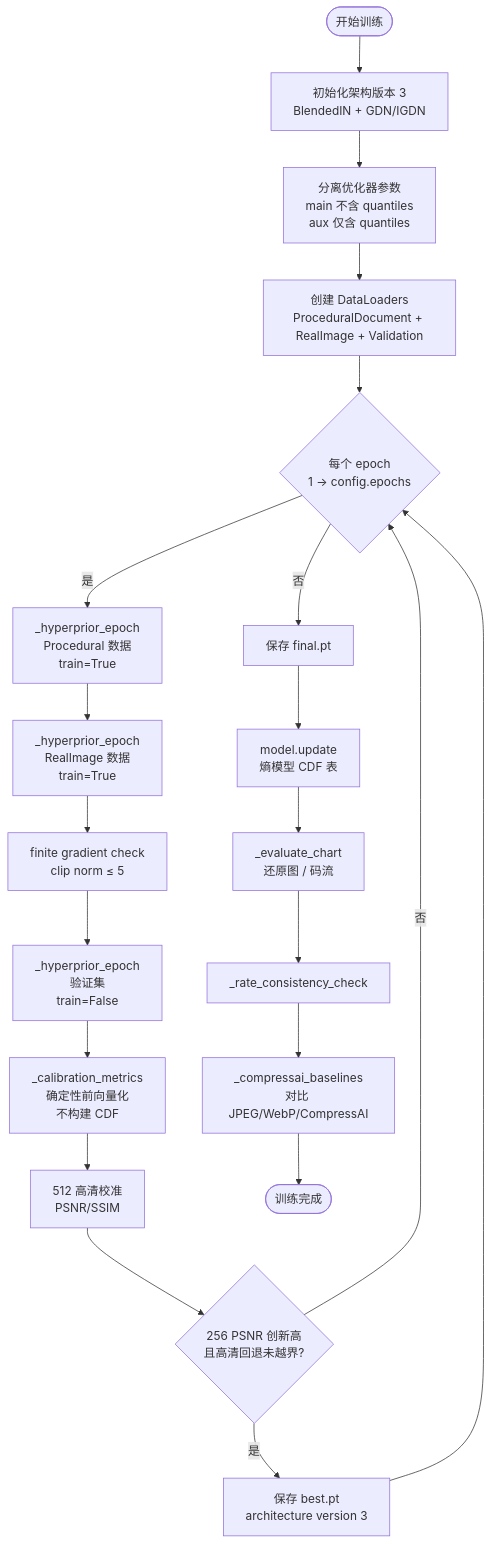
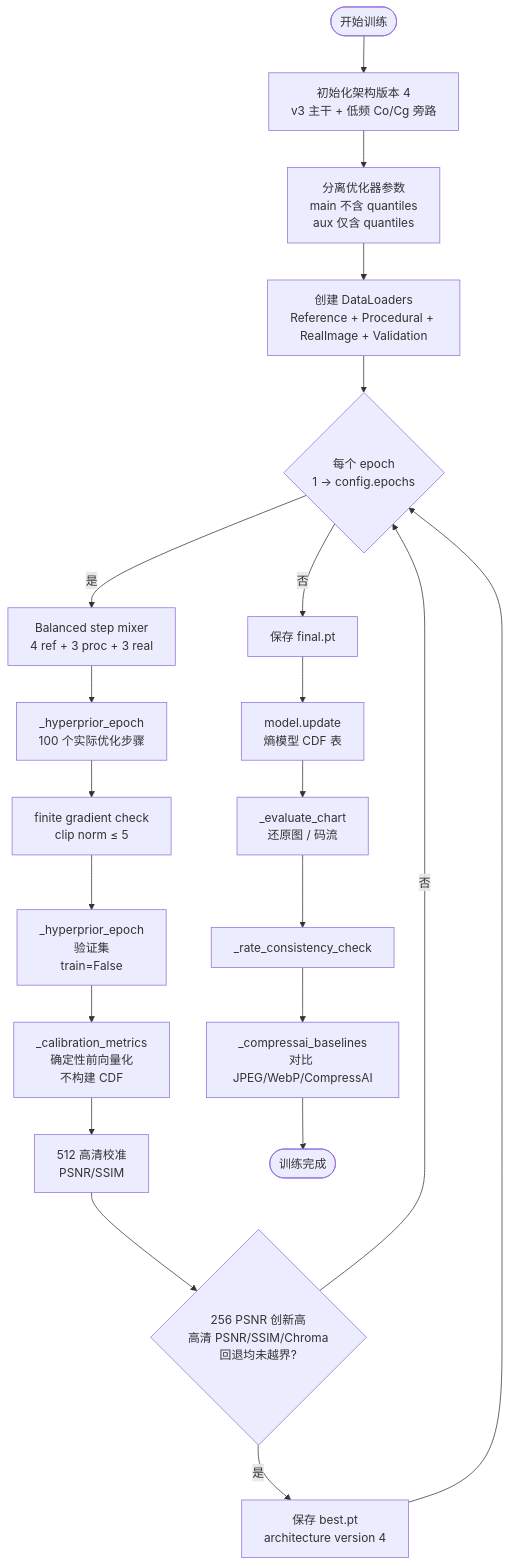
The ninth of 19 diagrams in docs/architecture.md (novvoo/kakeya-vae), drawn with Mermaid before and after one commit. The commit also changed other lines of this file and 8 other files, not shown here.

````diff
--- a/docs/architecture.md
+++ b/docs/architecture.md
@@ -455,25 +481,25 @@
 ```mermaid
 flowchart TD
-    START([开始训练]) --> INIT[初始化架构版本 3<br/>BlendedIN + GDN/IGDN]
+    START([开始训练]) --> INIT[初始化架构版本 4<br/>v3 主干 + 低频 Co/Cg 旁路]
     INIT --> SPLIT_OPT[分离优化器参数<br/>main 不含 quantiles<br/>aux 仅含 quantiles]
-    SPLIT_OPT --> LOADERS[创建 DataLoaders<br/>ProceduralDocument + RealImage + Validation]
+    SPLIT_OPT --> LOADERS[创建 DataLoaders<br/>Reference + Procedural + RealImage + Validation]
     LOADERS --> LOOP{每个 epoch<br/>1 → config.epochs}
 
-    LOOP -->|是| PROC[_hyperprior_epoch<br/>Procedural 数据<br/>train=True]
-    PROC --> REAL[_hyperprior_epoch<br/>RealImage 数据<br/>train=True]
-    REAL --> CLIP[finite gradient check<br/>clip norm ≤ 5]
+    LOOP -->|是| MIX[Balanced step mixer<br/>4 ref + 3 proc + 3 real]
+    MIX --> TRAIN[_hyperprior_epoch<br/>100 个实际优化步骤]
+    TRAIN --> CLIP[finite gradient check<br/>clip norm ≤ 5]
     CLIP --> VALID[_hyperprior_epoch<br/>验证集<br/>train=False]
     VALID --> CALIB[_calibration_metrics<br/>确定性前向量化<br/>不构建 CDF]
     CALIB --> HD[512 高清校准<br/>PSNR/SSIM]
-    HD --> CKPT{256 PSNR 创新高<br/>且高清回退未越界?}
-    CKPT -->|是| SAVE[保存 best.pt<br/>architecture version 3]
+    HD --> CKPT{256 PSNR 创新高<br/>高清 PSNR/SSIM/Chroma<br/>回退均未越界?}
+    CKPT -->|是| SAVE[保存 best.pt<br/>architecture version 4]
     SAVE --> LOOP
     CKPT -->|否| LOOP
 
     LOOP -->|否| FINAL[保存 final.pt]
     FINAL --> UPDATE[model.update<br/>熵模型 CDF 表]
     UPDATE --> EVAL[_evaluate_chart<br/>还原图 / 码流]
     EVAL --> RATE_CK[_rate_consistency_check]
     RATE_CK --> BASELINE[_compressai_baselines<br/>对比 JPEG/WebP/CompressAI]
     BASELINE --> DONE([训练完成])
 ```
````
